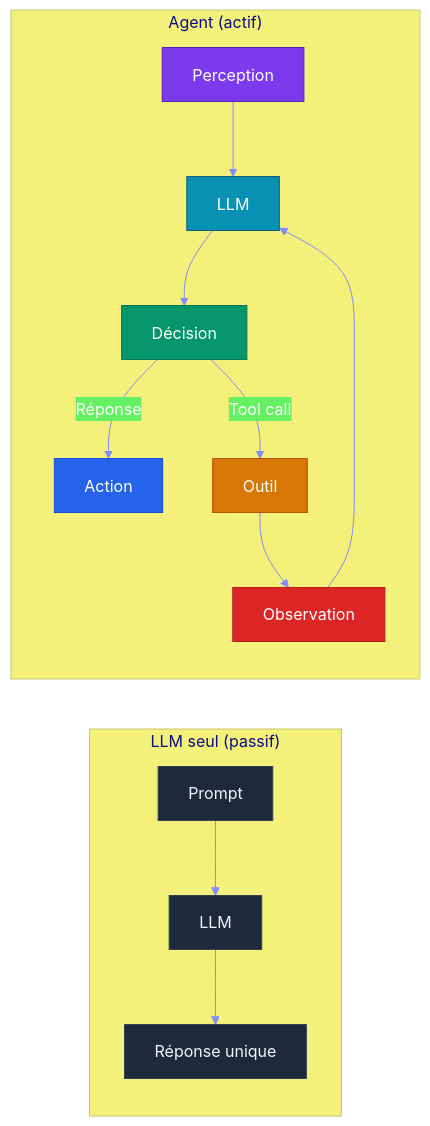
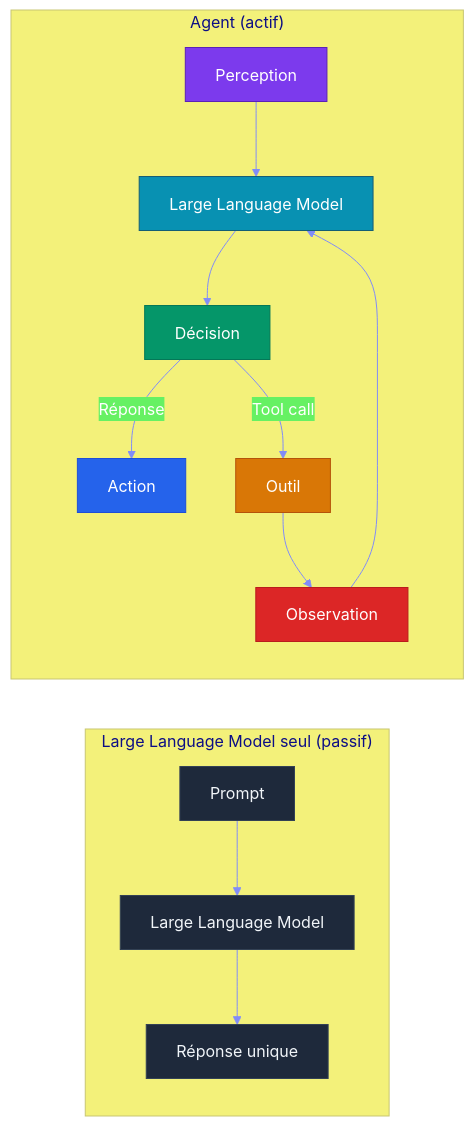
One commit to yugmerabtene/sdv-agentic changed the first of 3 diagrams in CHAPITRE-04-architecture-agent.md. Above: the diagram before and after it, drawn with Mermaid. The commit also changed other lines of this file and 11 other files, not shown here.

````diff
--- a/CHAPITRE-04-architecture-agent.md
+++ b/CHAPITRE-04-architecture-agent.md
@@ -43,31 +52,31 @@
 ```mermaid
 %%{init: {'theme': 'base', 'themeVariables': {
   'primaryColor': '#6366f1',
   'primaryTextColor': '#fff',
   'lineColor': '#818cf8'
 }}}%%
 graph LR
-    subgraph "LLM seul (passif)"
-        P1[Prompt] --> L1[LLM]
+    subgraph "Large Language Model seul (passif)"
+        P1[Prompt] --> L1[Large Language Model]
         L1 --> R1[Réponse unique]
     end
     
     subgraph "Agent (actif)"
-        P2[Perception] --> L2[LLM]
+        P2[Perception] --> L2[Large Language Model]
         L2 --> D[Décision]
         D -->|"Réponse"| A2[Action]
         D -->|"Tool call"| T2[Outil]
         T2 --> O2[Observation]
         O2 --> L2
     end
     
     style P1 fill:#1e293b,color:#f1f5f9,stroke:#334155
     style L1 fill:#1e293b,color:#f1f5f9,stroke:#334155
     style R1 fill:#1e293b,color:#f1f5f9,stroke:#334155
     style P2 fill:#7c3aed,color:#fff,stroke:#5b21b6
     style L2 fill:#0891b2,color:#fff,stroke:#155e75
     style D fill:#059669,color:#fff,stroke:#047857
     style A2 fill:#2563eb,color:#fff,stroke:#1d4ed8
     style T2 fill:#d97706,color:#fff,stroke:#b45309
     style O2 fill:#dc2626,color:#fff,stroke:#b91c1c
 ```
````
